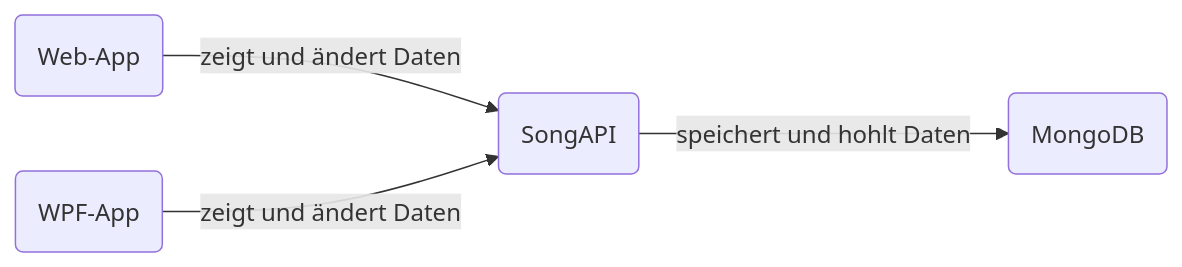
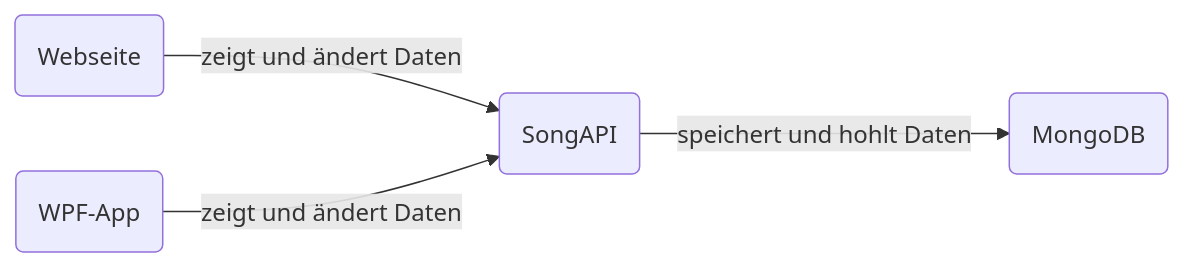
Before and after one commit to johannes420/SongAPI_POS_4AHINF: the diagram in SongAPI.md, drawn with Mermaid.

````diff
--- a/SongAPI.md
+++ b/SongAPI.md
@@ -15,13 +15,13 @@
 ```mermaid
 
 graph LR
 
-A(Web-App) -- zeigt und ändert Daten --> C
+A(Webseite) -- zeigt und ändert Daten --> C
 
 B(WPF-App) -- zeigt und ändert Daten --> C
 
 C(SongAPI) -- speichert und hohlt Daten --> D
 
 D(MongoDB)
 
 ```
````
